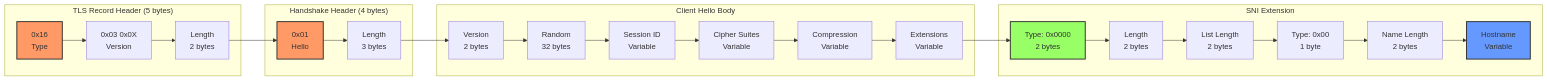
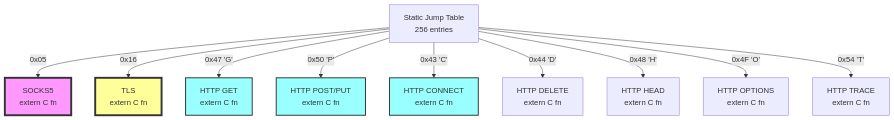
The first of 2 diagrams in README.md (jnorthrup/litebike), drawn with Mermaid before and after one commit. The commit also changed other lines of this file and 37 other files, not shown here.

````diff
--- a/README.md
+++ b/README.md
@@ -198,33 +92,23 @@
 ```mermaid
-graph LR 
-    subgraph "TLS Record Header (5 bytes)"
-        A[0x16<br/>Type] --> B[0x03 0x0X<br/>Version] --> C[Length<br/>2 bytes]
-    end
+graph TD
+    Root[Static Jump Table<br/>256 entries]
     
-    subgraph "Handshake Header (4 bytes)"
-        C --> D[0x01<br/>Hello] --> E[Length<br/>3 bytes]
-    end
+    %% Direct O(1) lookups
+    Root -->|0x05| SOCKS5[SOCKS5<br/>extern C fn]
+    Root -->|0x16| TLS[TLS<br/>extern C fn]
     
-    subgraph "Client Hello Body"
-        E --> F[Version<br/>2 bytes]
-        F --> G[Random<br/>32 bytes]
-        G --> H[Session ID<br/>Variable]
-        H --> I[Cipher Suites<br/>Variable]
-        I --> J[Compression<br/>Variable]
-        J --> K[Extensions<br/>Variable]
-    end
+    %% HTTP method dispatch
+    Root -->|0x47 'G'| HTTP_G[HTTP GET<br/>extern C fn]
+    Root -->|0x50 'P'| HTTP_P[HTTP POST/PUT<br/>extern C fn]
+    Root -->|0x43 'C'| HTTP_C[HTTP CONNECT<br/>extern C fn]
+    Root -->|0x44 'D'| HTTP_D[HTTP DELETE<br/>extern C fn]
+    Root -->|0x48 'H'| HTTP_H[HTTP HEAD<br/>extern C fn]
+    Root -->|0x4F 'O'| HTTP_O[HTTP OPTIONS<br/>extern C fn]
+    Root -->|0x54 'T'| HTTP_T[HTTP TRACE<br/>extern C fn]
     
-    subgraph "SNI Extension"
-        K --> L[Type: 0x0000<br/>2 bytes]
-        L --> M[Length<br/>2 bytes]
-        M --> N[List Length<br/>2 bytes]
-        N --> O[Type: 0x00<br/>1 byte]
-        O --> P[Name Length<br/>2 bytes]
-        P --> Q[Hostname<br/>Variable] 
-    end
-    
-    style A fill:#f96,stroke:#333,stroke-width:2px
-    style D fill:#f96,stroke:#333,stroke-width:2px
-    style L fill:#9f6,stroke:#333,stroke-width:2px
-    style Q fill:#69f,stroke:#333,stroke-width:2px
+    style SOCKS5 fill:#f9f,stroke:#333,stroke-width:4px
+    style TLS fill:#ff9,stroke:#333,stroke-width:4px
+    style HTTP_G fill:#9ff,stroke:#333,stroke-width:2px
+    style HTTP_P fill:#9ff,stroke:#333,stroke-width:2px
+    style HTTP_C fill:#9ff,stroke:#333,stroke-width:2px
 ```
````
